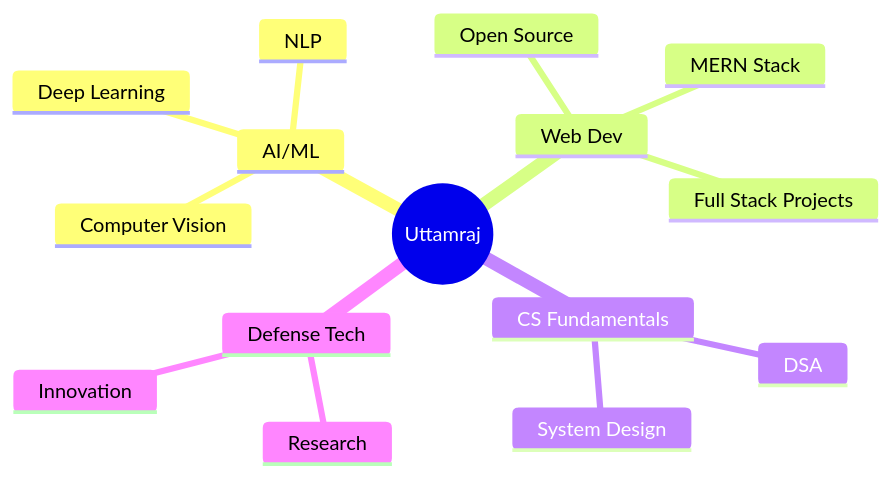
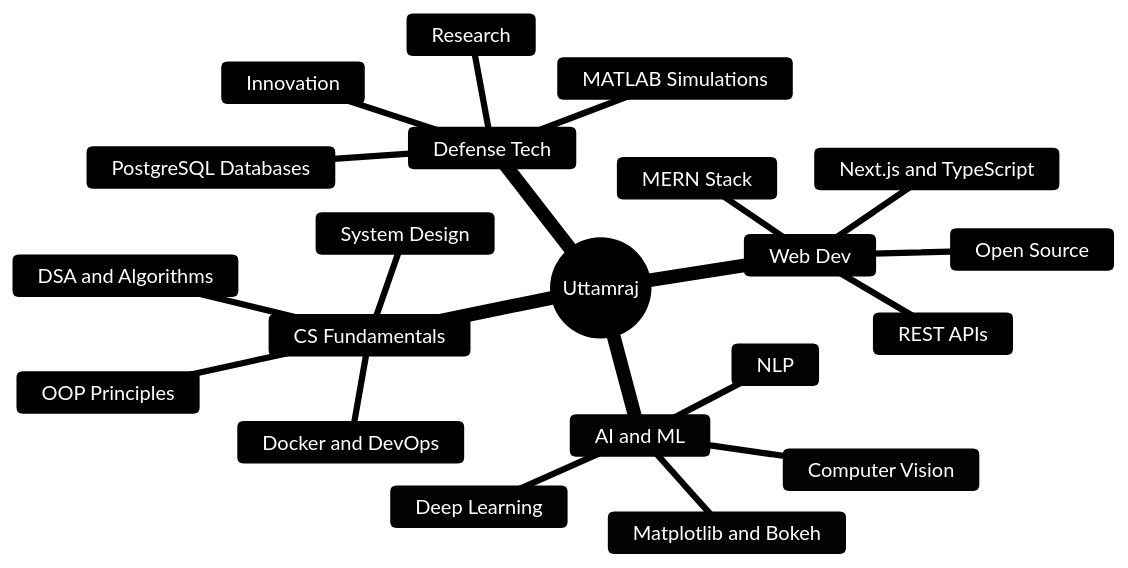
The diagram in README.md (codexuttam/codexuttam), drawn with Mermaid before and after one commit. The commit also changed other lines of this file, not shown here.

````diff
--- a/README.md
+++ b/README.md
@@ -166,18 +187,43 @@
 ```mermaid
+%%{init: {
+  'theme': 'base',
+  'themeVariables': {
+    'primaryColor': '#1e3a5f',
+    'primaryTextColor': '#ffffff',
+    'primaryBorderColor': '#58A6FF',
+    'lineColor': '#58A6FF',
+    'secondaryColor': '#2d1b69',
+    'secondaryTextColor': '#ffffff',
+    'secondaryBorderColor': '#9B59B6',
+    'tertiaryColor': '#1a3d2f',
+    'tertiaryTextColor': '#ffffff',
+    'tertiaryBorderColor': '#2ecc71',
+    'background': '#0d1117',
+    'edgeLabelBackground': '#0d1117',
+    'titleColor': '#58A6FF',
+    'fontFamily': 'monospace'
+  }
+}}%%
 mindmap
   root((Uttamraj))
-    AI/ML
+    AI and ML
       Deep Learning
       Computer Vision
       NLP
+      Matplotlib and Bokeh
     Web Dev
       MERN Stack
-      Full Stack Projects
+      Next.js and TypeScript
+      REST APIs
       Open Source
     CS Fundamentals
-      DSA
+      DSA and Algorithms
+      OOP Principles
       System Design
+      Docker and DevOps
     Defense Tech
       Research
       Innovation
+      MATLAB Simulations
+      PostgreSQL Databases
 ```
````
